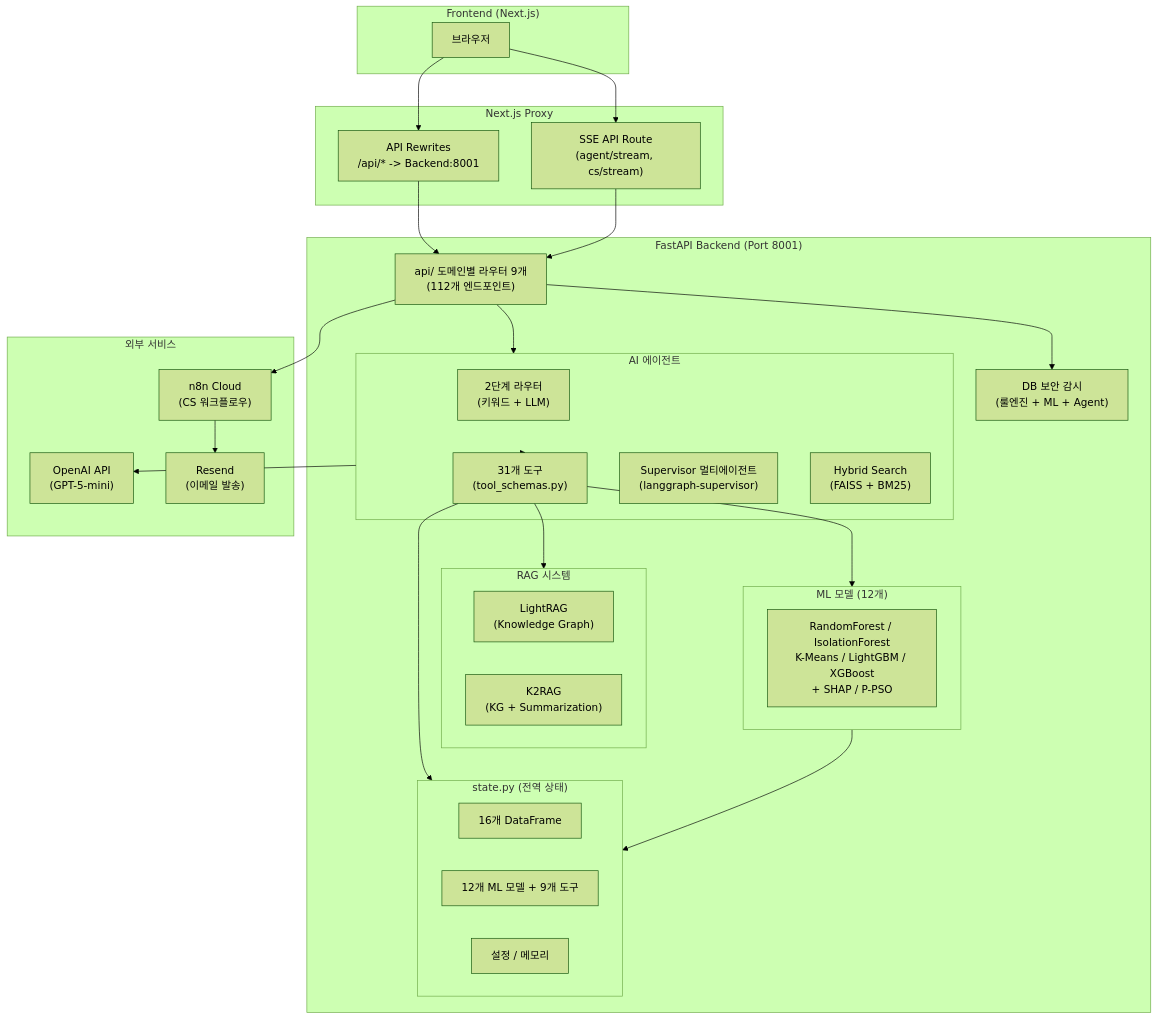
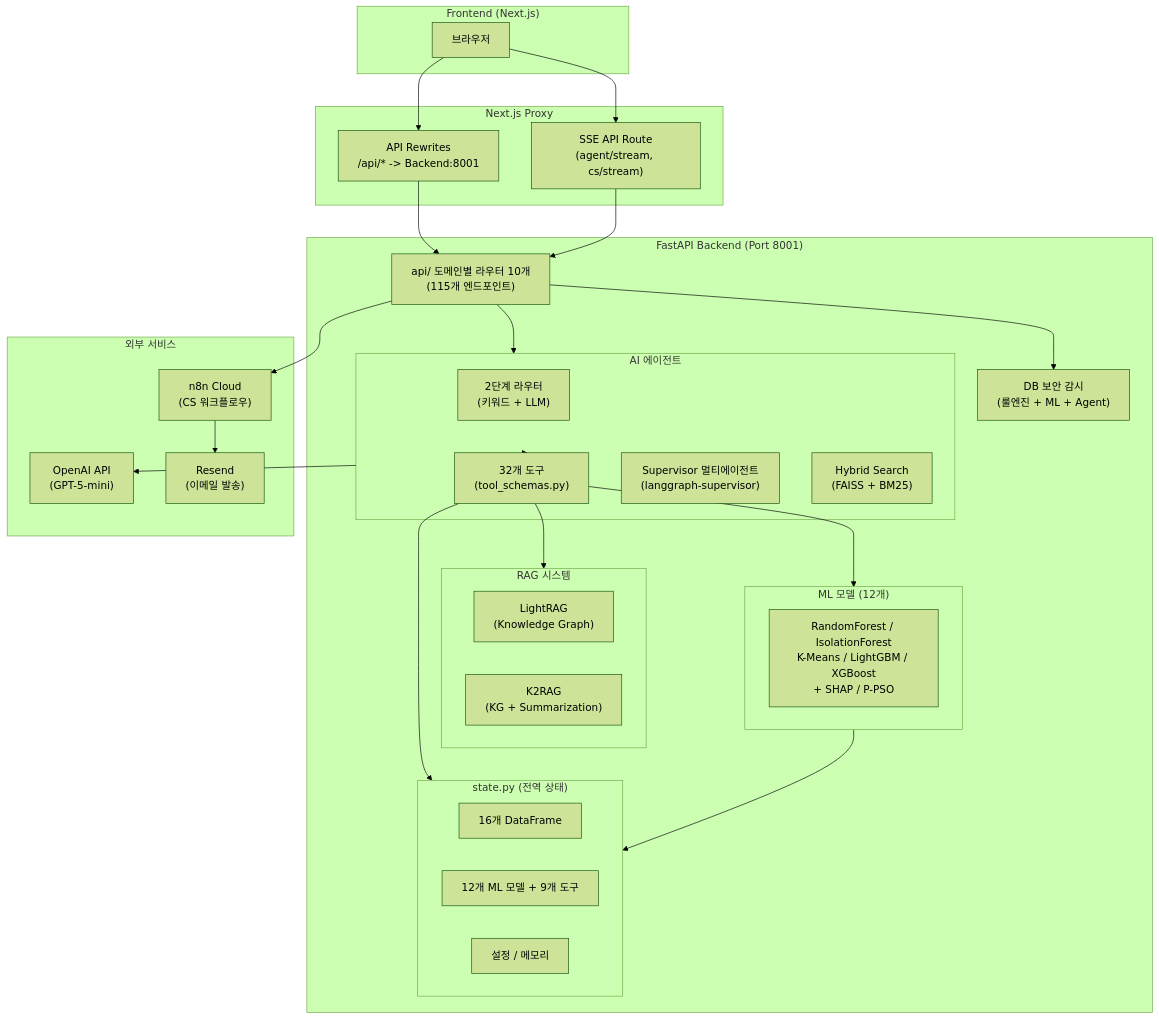
One commit to ASNGG/cafe24-demo changed the first of 26 diagrams in backend 리팩토링 시작/README.md. Above: the diagram before and after it, drawn with Mermaid (forest theme). The commit also changed other lines of this file and 12 other files, not shown here.

First line of the commit message:
feat: v9.8 셀러 컨설팅 에이전트 (4단계 멀티스텝 워크플로우)

````diff
--- a/backend 리팩토링 시작/README.md
+++ b/backend 리팩토링 시작/README.md
@@ -281,54 +294,54 @@
 ```mermaid
 flowchart TB
     subgraph Client["Frontend (Next.js)"]
         FE["브라우저"]
     end
 
     subgraph Proxy["Next.js Proxy"]
         NP["API Rewrites<br/>/api/* -> Backend:8001"]
         SSE["SSE API Route<br/>(agent/stream, cs/stream)"]
     end
 
     subgraph Backend["FastAPI Backend (Port 8001)"]
-        ROUTES["api/ 도메인별 라우터 9개<br/>(112개 엔드포인트)"]
+        ROUTES["api/ 도메인별 라우터 10개<br/>(115개 엔드포인트)"]
 
         subgraph Agent["AI 에이전트"]
             ROUTER["2단계 라우터<br/>(키워드 + LLM)"]
-            TOOLS["31개 도구<br/>(tool_schemas.py)"]
+            TOOLS["32개 도구<br/>(tool_schemas.py)"]
             SUPERVISOR["Supervisor 멀티에이전트<br/>(langgraph-supervisor)"]
             HYBRID["하이브리드 라우팅<br/>(워커 직접 / Supervisor 경유)"]
         end
 
         subgraph RAG["RAG 시스템"]
             HYBRID["Hybrid Search<br/>(FAISS + BM25)"]
             LIGHTRAG["LightRAG<br/>(Knowledge Graph)"]
             K2RAG["K2RAG<br/>(KG + Summarization)"]
         end
 
         subgraph ML["ML 모델 (12개)"]
             MODELS["RandomForest / IsolationForest<br/>K-Means / LightGBM / XGBoost<br/>+ SHAP / P-PSO"]
         end
 
         subgraph State["state.py (전역 상태)"]
             DF["16개 DataFrame"]
             MLV["12개 ML 모델 + 9개 도구"]
             CFG["설정 / 메모리"]
         end
 
         GUARDIAN["DB 보안 감시<br/>(룰엔진 + ML + Agent)"]
     end
 
     subgraph External["외부 서비스"]
         OPENAI["OpenAI API<br/>(GPT-5-mini)"]
         N8N["n8n Cloud<br/>(CS 워크플로우)"]
         RESEND["Resend<br/>(이메일 발송)"]
     end
 
     FE --> NP & SSE --> ROUTES
     ROUTES --> Agent --> TOOLS --> ML & RAG
     ROUTES --> GUARDIAN
     Agent --> OPENAI
     ROUTES --> N8N --> RESEND
     TOOLS --> State
     ML --> State
 ```
````
